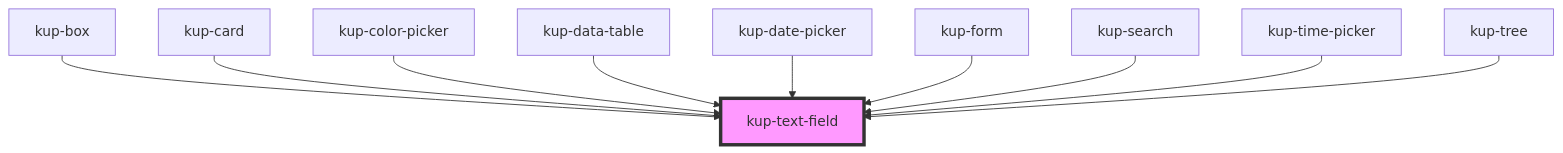
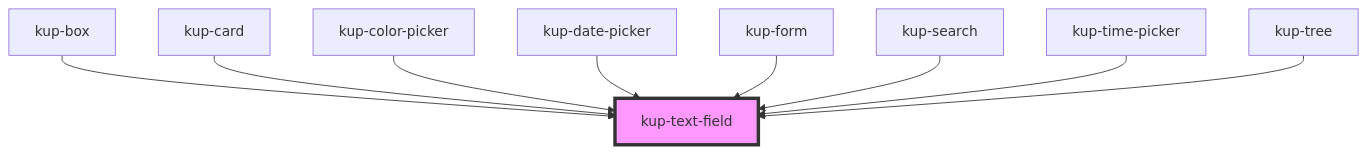
One commit to smeup/ketchup changed the diagram in packages/ketchup/src/components/kup-text-field/readme.md. Above: the diagram before and after it, drawn with Mermaid. The commit also changed other lines of this file and 21 other files, not shown here.

````diff
--- a/packages/ketchup/src/components/kup-text-field/readme.md
+++ b/packages/ketchup/src/components/kup-text-field/readme.md
@@ -104,13 +103,12 @@
 ```mermaid
 graph TD;
   kup-box --> kup-text-field
   kup-card --> kup-text-field
   kup-color-picker --> kup-text-field
-  kup-data-table --> kup-text-field
   kup-date-picker --> kup-text-field
   kup-form --> kup-text-field
   kup-search --> kup-text-field
   kup-time-picker --> kup-text-field
   kup-tree --> kup-text-field
   style kup-text-field fill:#f9f,stroke:#333,stroke-width:4px
 ```
````
